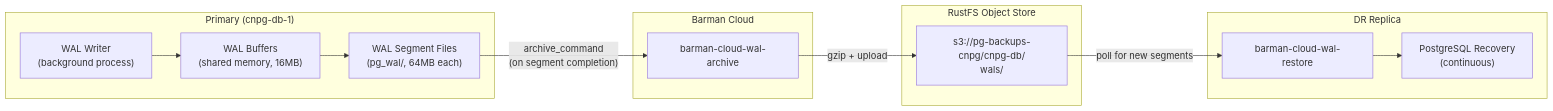
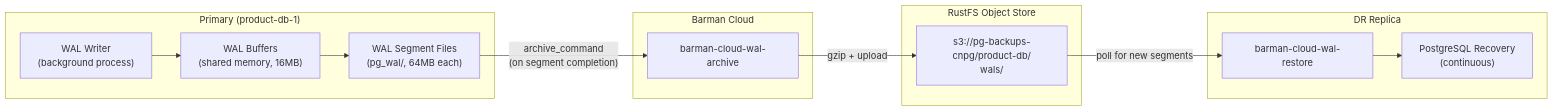
The second of 5 diagrams in docs/databases/005-ha-dr-deep-dive.md (duynhlab/homelab), drawn with Mermaid before and after one commit. The commit also changed other lines of this file and 15 other files, not shown here.

````diff
--- a/docs/databases/005-ha-dr-deep-dive.md
+++ b/docs/databases/005-ha-dr-deep-dive.md
@@ -102,27 +102,27 @@
 ```mermaid
 flowchart LR
-  subgraph primary ["Primary (cnpg-db-1)"]
+  subgraph primary ["Primary (product-db-1)"]
     WALWriter["WAL Writer\n(background process)"]
     WALBuffer["WAL Buffers\n(shared memory, 16MB)"]
     WALFile["WAL Segment Files\n(pg_wal/, 64MB each)"]
     WALWriter --> WALBuffer --> WALFile
   end
 
   subgraph archive ["Barman Cloud"]
     ArchiveCmd["barman-cloud-wal-archive"]
   end
 
   subgraph objstore ["RustFS Object Store"]
-    S3["s3://pg-backups-cnpg/cnpg-db/\nwals/"]
+    S3["s3://pg-backups-cnpg/product-db/\nwals/"]
   end
 
   subgraph drcluster ["DR Replica"]
     RestoreCmd["barman-cloud-wal-restore"]
     DRReplay["PostgreSQL Recovery\n(continuous)"]
     RestoreCmd --> DRReplay
   end
 
   WALFile -->|"archive_command\n(on segment completion)"| ArchiveCmd
   ArchiveCmd -->|"gzip + upload"| S3
   S3 -->|"poll for new segments"| RestoreCmd
 ```
````
